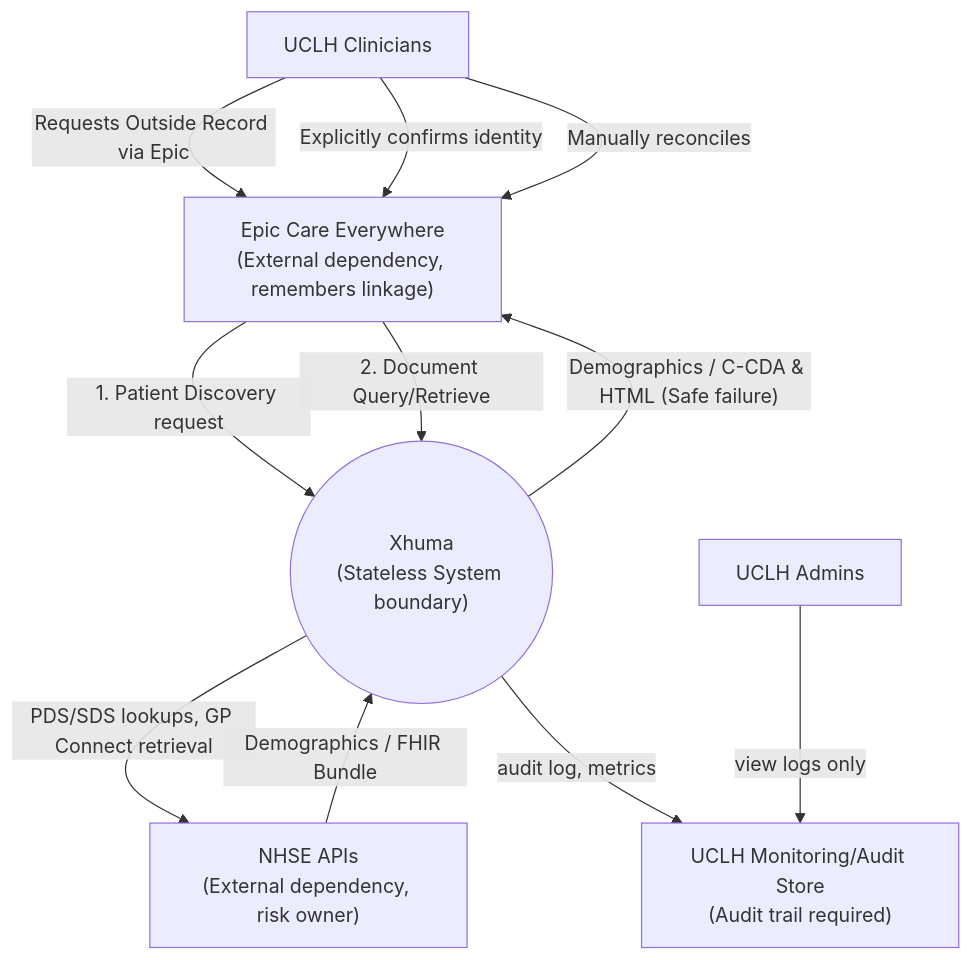
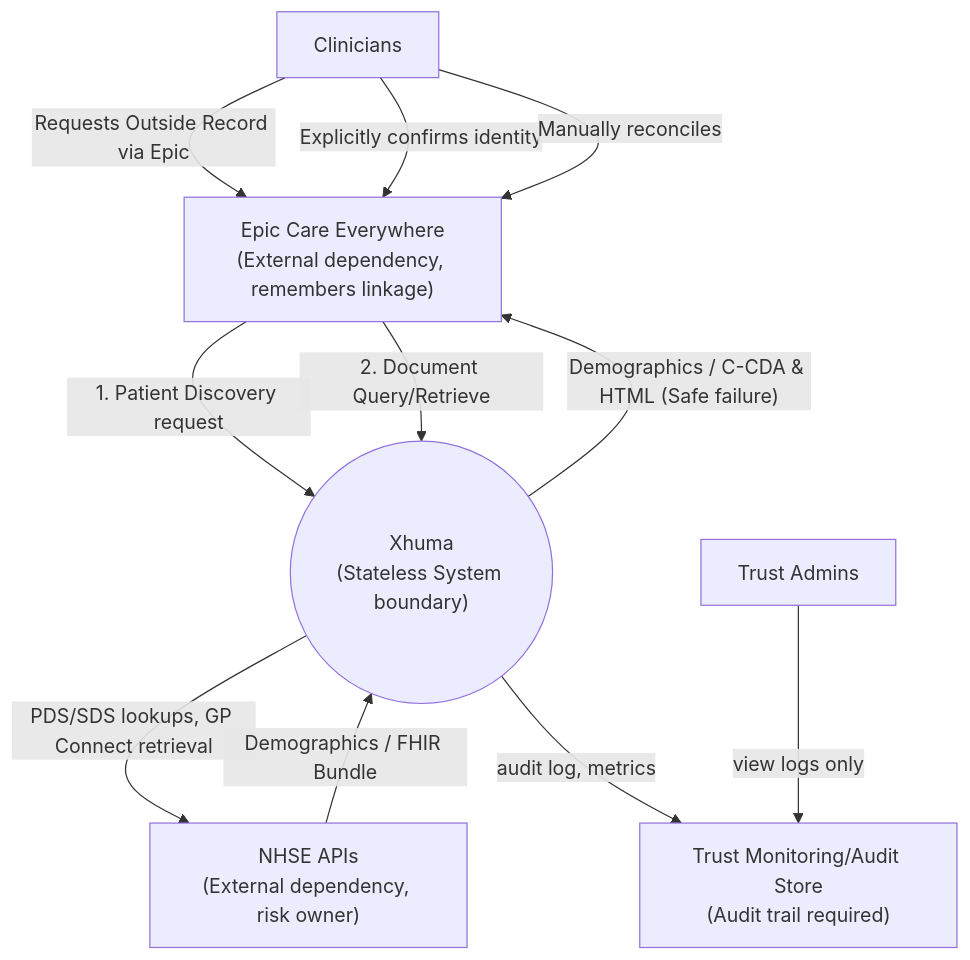
One commit to UCLH-Digital-Innovation-Hub/Xhuma changed the fourth of 6 diagrams in docs/technical_architecture.md. Above: the diagram before and after it, drawn with Mermaid. The commit also changed other lines of this file and 2 other files, not shown here.

Commit message:
docs: sanitise generic resource names and align technical architecture flows

````diff
--- a/docs/technical_architecture.md
+++ b/docs/technical_architecture.md
@@ -147,26 +147,26 @@
 ```mermaid
 flowchart TD
     %% DFD Level 0
     Epic["Epic Care Everywhere\n(External dependency, remembers linkage)"]
     NHSE["NHSE APIs\n(External dependency, risk owner)"]
-    Mon["UCLH Monitoring/Audit Store\n(Audit trail required)"]
-    Admin["UCLH Admins"]
-    Clinician["UCLH Clinicians"]
+    Mon["Trust Monitoring/Audit Store\n(Audit trail required)"]
+    Admin["Trust Admins"]
+    Clinician["Clinicians"]
     
     Xhuma(("Xhuma\n(Stateless System boundary)"))
     
     Clinician -->|Requests Outside Record via Epic| Epic
     Clinician -->|Explicitly confirms identity| Epic
     Clinician -->|Manually reconciles| Epic
     
     Epic -->|1. Patient Discovery request| Xhuma
     Epic -->|2. Document Query/Retrieve| Xhuma
     
     Xhuma -->|PDS/SDS lookups, GP Connect retrieval| NHSE
     NHSE -->|Demographics / FHIR Bundle| Xhuma
     
     Xhuma -->|"Demographics / C-CDA & HTML (Safe failure)"| Epic
     
     Xhuma -->|audit log, metrics| Mon
     Admin -->|view logs only| Mon
 ```
````
